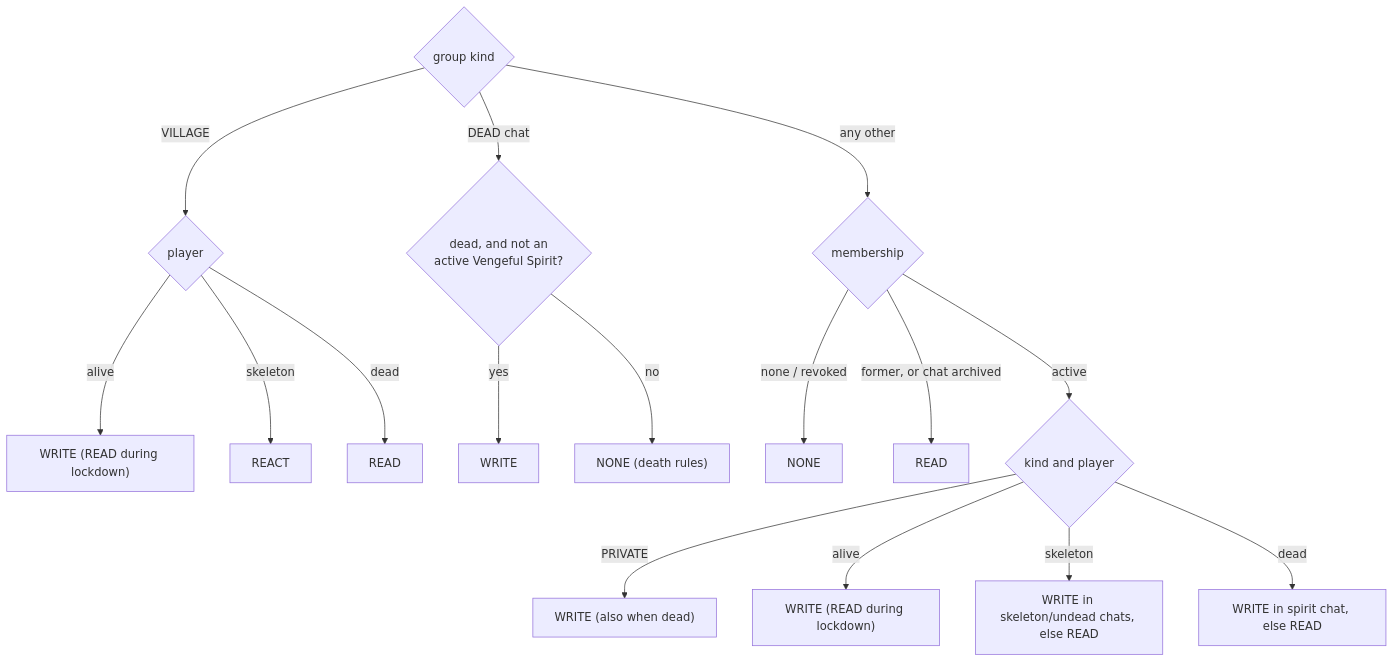
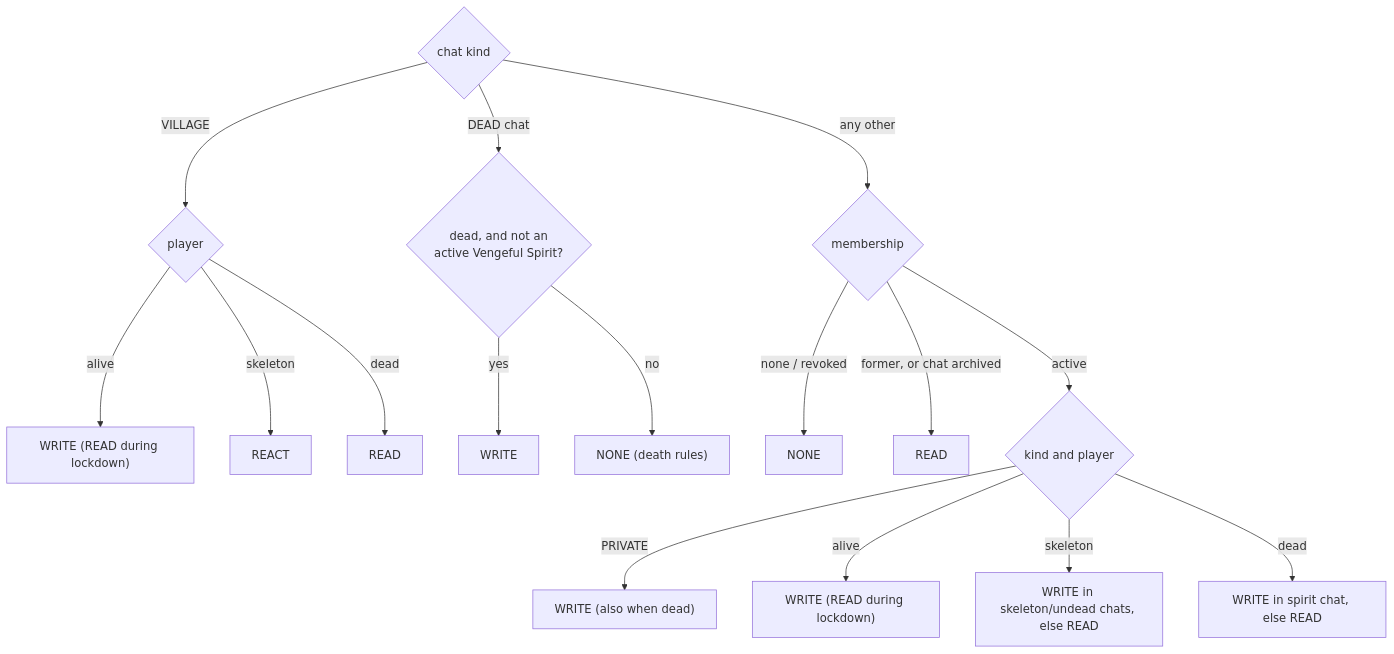
Before and after one commit to Mad-Scientist-Guild/Werewolves-bot: the sixth of 6 diagrams in Docs/Developer guide - architecture and data.md, drawn with Mermaid. The commit also changed other lines of this file and 72 other files, not shown here.

````diff
--- a/Docs/Developer guide - architecture and data.md
+++ b/Docs/Developer guide - architecture and data.md
@@ -406,18 +396,18 @@
 ```mermaid
 flowchart TD
-    S{group kind} -->|VILLAGE| V{player}
+    S{chat kind} -->|VILLAGE| V{player}
     V -->|alive| V1["WRITE (READ during lockdown)"]
     V -->|skeleton| V2[REACT]
     V -->|dead| V3[READ]
     S -->|DEAD chat| D{"dead, and not an<br/>active Vengeful Spirit?"}
     D -->|yes| D1[WRITE]
     D -->|no| D2["NONE (death rules)"]
     S -->|any other| M{membership}
     M -->|none / revoked| N[NONE]
     M -->|former, or chat archived| R[READ]
     M -->|active| K{kind and player}
     K -->|PRIVATE| K1["WRITE (also when dead)"]
     K -->|alive| K2["WRITE (READ during lockdown)"]
     K -->|skeleton| K3["WRITE in skeleton/undead chats, else READ"]
     K -->|dead| K4["WRITE in spirit chat, else READ"]
 ```
````
